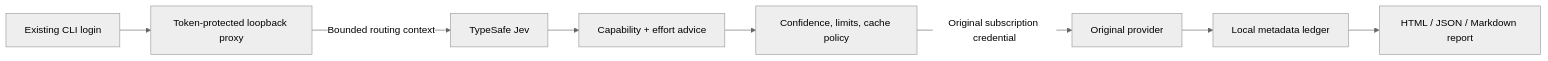
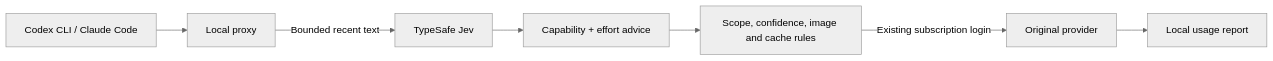
Before and after one commit to sunu-dev/jev-pilot: the diagram in README.md, drawn with Mermaid (neutral theme). The commit also changed other lines of this file and 24 other files, not shown here.

````diff
--- a/README.md
+++ b/README.md
@@ -161,10 +183,9 @@
 ```mermaid
 flowchart LR
-  A[Existing CLI login] --> B[Token-protected loopback proxy]
-  B -->|Bounded routing context| C[TypeSafe Jev]
+  A[Codex CLI / Claude Code] --> B[Local proxy]
+  B -->|Bounded recent text| C[TypeSafe Jev]
   C --> D[Capability + effort advice]
-  D --> E[Confidence, limits, cache policy]
-  E -->|Original subscription credential| F[Original provider]
-  F --> G[Local metadata ledger]
-  G --> H[HTML / JSON / Markdown report]
+  D --> E[Scope, confidence, image and cache rules]
+  E -->|Existing subscription login| F[Original provider]
+  F --> G[Local usage report]
 ```
````
